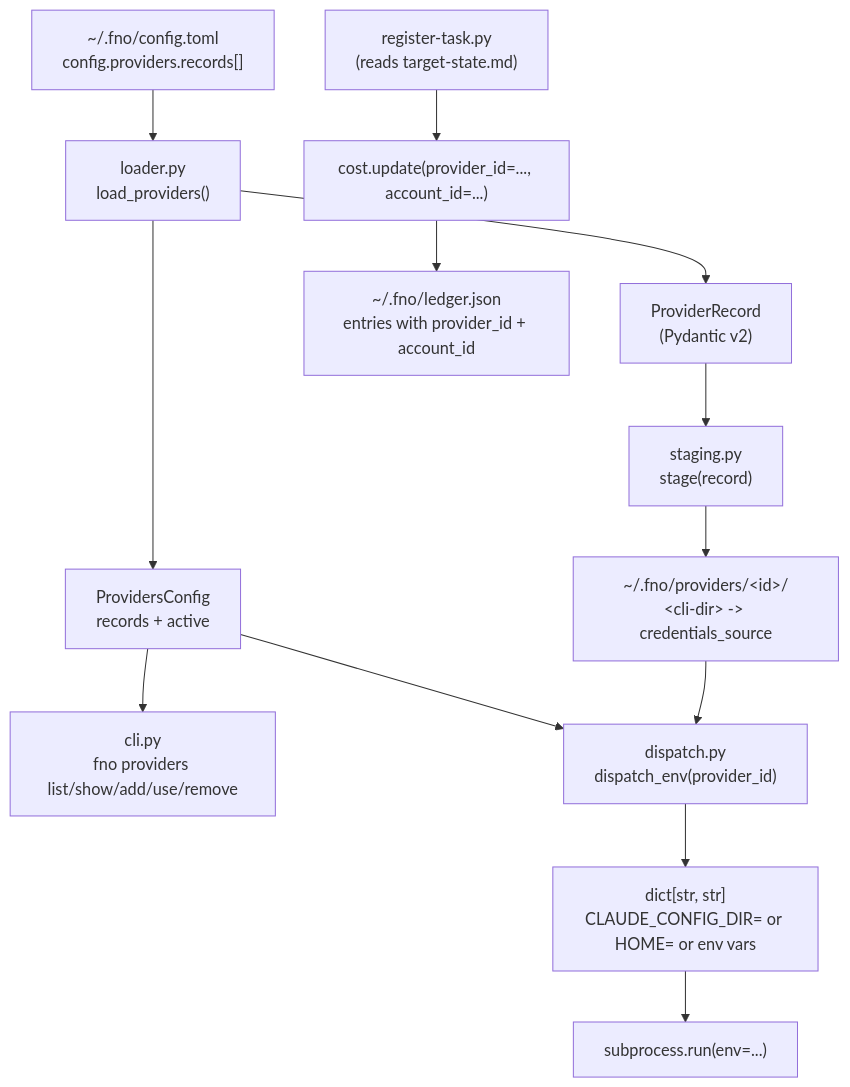
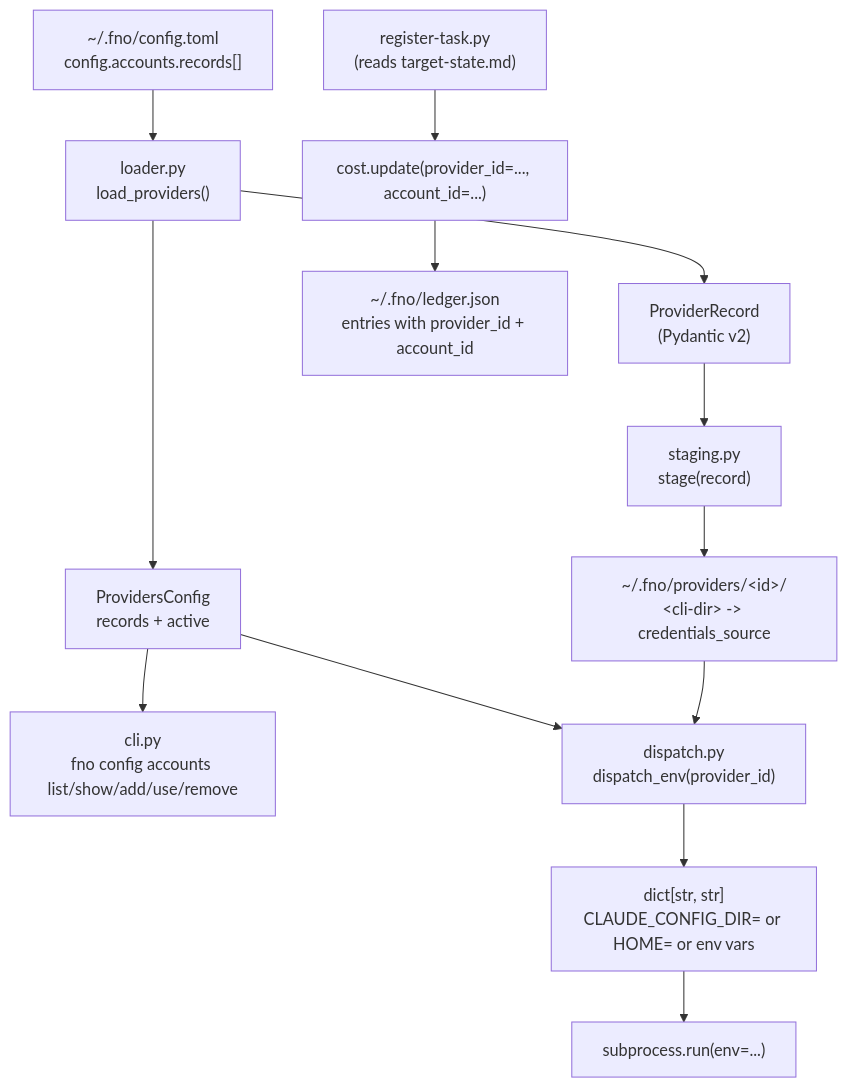
Before and after one commit to bllshttng/footnote: the diagram in docs/architecture/provider-rotation-substrate.md, drawn with Mermaid. The commit also changed other lines of this file and 10 other files, not shown here.

````diff
--- a/docs/architecture/provider-rotation-substrate.md
+++ b/docs/architecture/provider-rotation-substrate.md
@@ -16,19 +16,19 @@
 ```mermaid
 graph TD
-    YAML["~/.fno/config.toml<br/>config.providers.records[]"] --> LOADER["loader.py<br/>load_providers()"]
+    YAML["~/.fno/config.toml<br/>config.accounts.records[]"] --> LOADER["loader.py<br/>load_providers()"]
     LOADER --> PR["ProviderRecord<br/>(Pydantic v2)"]
     LOADER --> PC["ProvidersConfig<br/>records + active"]
 
-    PC --> CLI_CMD["cli.py<br/>fno providers list/show/add/use/remove"]
+    PC --> CLI_CMD["cli.py<br/>fno config accounts list/show/add/use/remove"]
     PR --> STAGE["staging.py<br/>stage(record)"]
     STAGE --> FS["~/.fno/providers/&lt;id&gt;/<br/>&lt;cli-dir&gt; -> credentials_source"]
 
     PC --> DISPATCH["dispatch.py<br/>dispatch_env(provider_id)"]
     FS --> DISPATCH
     DISPATCH --> ENV["dict[str, str]<br/>CLAUDE_CONFIG_DIR= or HOME= or env vars"]
 
     ENV --> SUBPROC["subprocess.run(env=...)"]
 
     LEDGER["cost.update(provider_id=..., account_id=...)"] --> JSON["~/.fno/ledger.json<br/>entries with provider_id + account_id"]
     REGTASK["register-task.py<br/>(reads target-state.md)"] --> LEDGER
 ```
````
